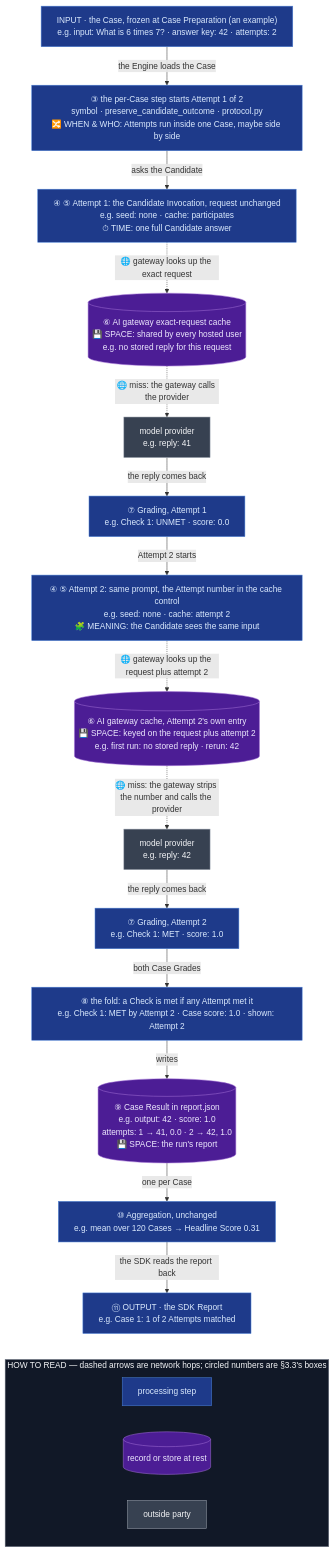
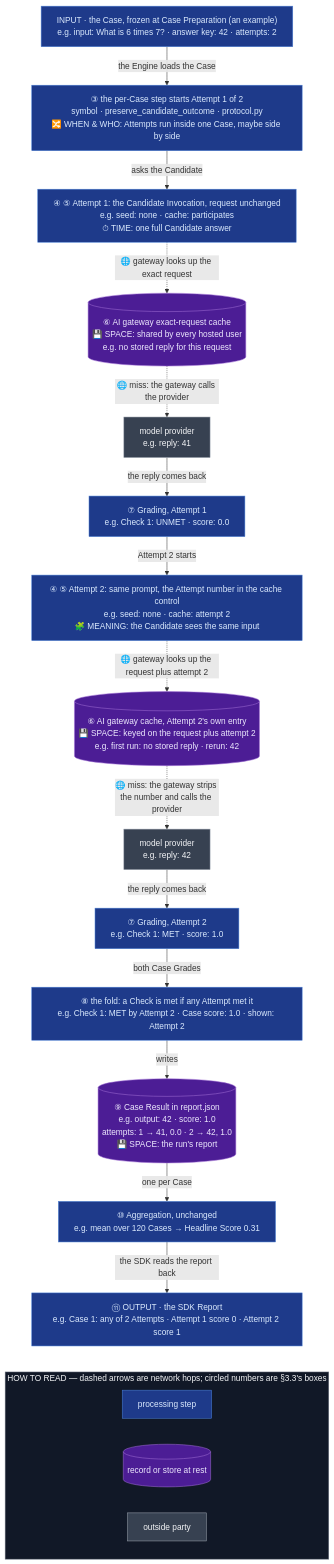
One commit to ScreamingFace/screamingface changed the second of 3 diagrams in docs/spec/2026-10-07-OME-1458-attempts-per-case.md. Above: the diagram before and after it, drawn with Mermaid. The commit also changed other lines of this file and 6 other files, not shown here.

Commit message:
fix(screamingface-engine): refuse a tuned any-match reducer and Attempts beside Named Scores at import; record the review's outcomes in the spec

````diff
--- a/docs/spec/2026-10-07-OME-1458-attempts-per-case.md
+++ b/docs/spec/2026-10-07-OME-1458-attempts-per-case.md
@@ -252,45 +255,45 @@
 ```mermaid
 %%{init: {"flowchart": {"wrappingWidth": 460}}}%%
 flowchart TB
   s0["INPUT · the Case, frozen at Case Preparation (an example)<br/>e.g. input: What is 6 times 7? · answer key: 42 · attempts: 2"]
   s3["③ the per-Case step starts Attempt 1 of 2<br/>symbol · preserve_candidate_outcome · protocol.py<br/>🔀 WHEN & WHO: Attempts run inside one Case, maybe side by side"]
   s4a["④ ⑤ Attempt 1: the Candidate Invocation, request unchanged<br/>e.g. seed: none · cache: participates<br/>⏱ TIME: one full Candidate answer"]
   c1[("⑥ AI gateway exact-request cache<br/>💾 SPACE: shared by every hosted user<br/>e.g. no stored reply for this request")]
   p1["model provider<br/>e.g. reply: 41"]
   s7a["⑦ Grading, Attempt 1<br/>e.g. Check 1: UNMET · score: 0.0"]
   s4b["④ ⑤ Attempt 2: same prompt, the Attempt number in the cache control<br/>e.g. seed: none · cache: attempt 2<br/>🧩 MEANING: the Candidate sees the same input"]
   c2[("⑥ AI gateway cache, Attempt 2's own entry<br/>💾 SPACE: keyed on the request plus attempt 2<br/>e.g. first run: no stored reply · rerun: 42")]
   p2["model provider<br/>e.g. reply: 42"]
   s7b["⑦ Grading, Attempt 2<br/>e.g. Check 1: MET · score: 1.0"]
   s8["⑧ the fold: a Check is met if any Attempt met it<br/>e.g. Check 1: MET by Attempt 2 · Case score: 1.0 · shown: Attempt 2"]
   r9[("⑨ Case Result in report.json<br/>e.g. output: 42 · score: 1.0<br/>attempts: 1 → 41, 0.0 · 2 → 42, 1.0<br/>💾 SPACE: the run's report")]
   s10["⑩ Aggregation, unchanged<br/>e.g. mean over 120 Cases → Headline Score 0.31"]
-  s11["⑪ OUTPUT · the SDK Report<br/>e.g. Case 1: 1 of 2 Attempts matched"]
+  s11["⑪ OUTPUT · the SDK Report<br/>e.g. Case 1: any of 2 Attempts · Attempt 1 score 0 · Attempt 2 score 1"]
   s0 -->|the Engine loads the Case| s3
   s3 -->|asks the Candidate| s4a
   s4a -.->|🌐 gateway looks up the exact request| c1
   c1 -.->|🌐 miss: the gateway calls the provider| p1
   p1 -->|the reply comes back| s7a
   s7a -->|Attempt 2 starts| s4b
   s4b -.->|🌐 gateway looks up the request plus attempt 2| c2
   c2 -.->|🌐 miss: the gateway strips the number and calls the provider| p2
   p2 -->|the reply comes back| s7b
   s7b -->|both Case Grades| s8
   s8 -->|writes| r9
   r9 -->|one per Case| s10
   s10 -->|the SDK reads the report back| s11
   subgraph KEY["HOW TO READ — dashed arrows are network hops; circled numbers are §3.3's boxes"]
     direction LR
     k1["processing step"]
     k2[("record or store at rest")]
     k3["outside party"]
   end
   s11 ~~~ KEY
   classDef stage fill:#1e3a8a,stroke:#4a7fd4,color:#dbeafe
   classDef data  fill:#4c1d95,stroke:#a06ed4,color:#ede9fe
   classDef plain fill:#374151,stroke:#9ca3af,color:#f3f4f6
   class s0,s3,s4a,s4b,s7a,s7b,s8,s10,s11,k1 stage
   class c1,c2,r9,k2 data
   class p1,p2,k3 plain
   style KEY fill:#111827,stroke:#6b7280,color:#f3f4f6
 ```
````
